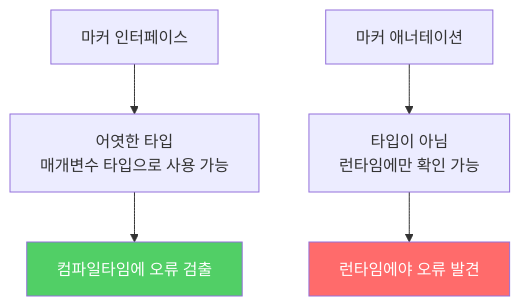
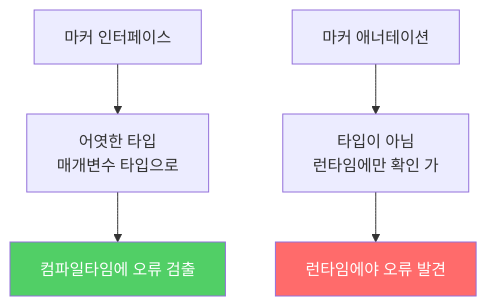
Before and after one commit to yjkim2015/yjkim2015.github.io: the first of 2 diagrams in _posts/java/2022-01-17-effective-java41.md, drawn with Mermaid. The commit also changed other lines of this file and 271 other files, not shown here.

First line of the commit message:
Mermaid 라벨 축소: 긴 노드 텍스트 18자 이하로 트림 + \n 제거

````diff
--- a/_posts/java/2022-01-17-effective-java41.md
+++ b/_posts/java/2022-01-17-effective-java41.md
@@ -38,9 +38,9 @@
 ```mermaid
 graph TD
-    A["마커 인터페이스"] --> B["어엿한 타입\n매개변수 타입으로 사용 가능"]
+    A["마커 인터페이스"] --> B["어엿한 타입\n매개변수 타입으로"]
     B --> C["컴파일타임에 오류 검출"]
-    D["마커 애너테이션"] --> E["타입이 아님\n런타임에만 확인 가능"]
+    D["마커 애너테이션"] --> E["타입이 아님\n런타임에만 확인 가"]
     E --> F["런타임에야 오류 발견"]
     style C fill:#51cf66,color:#fff
     style F fill:#ff6b6b,color:#fff
 ```
````
